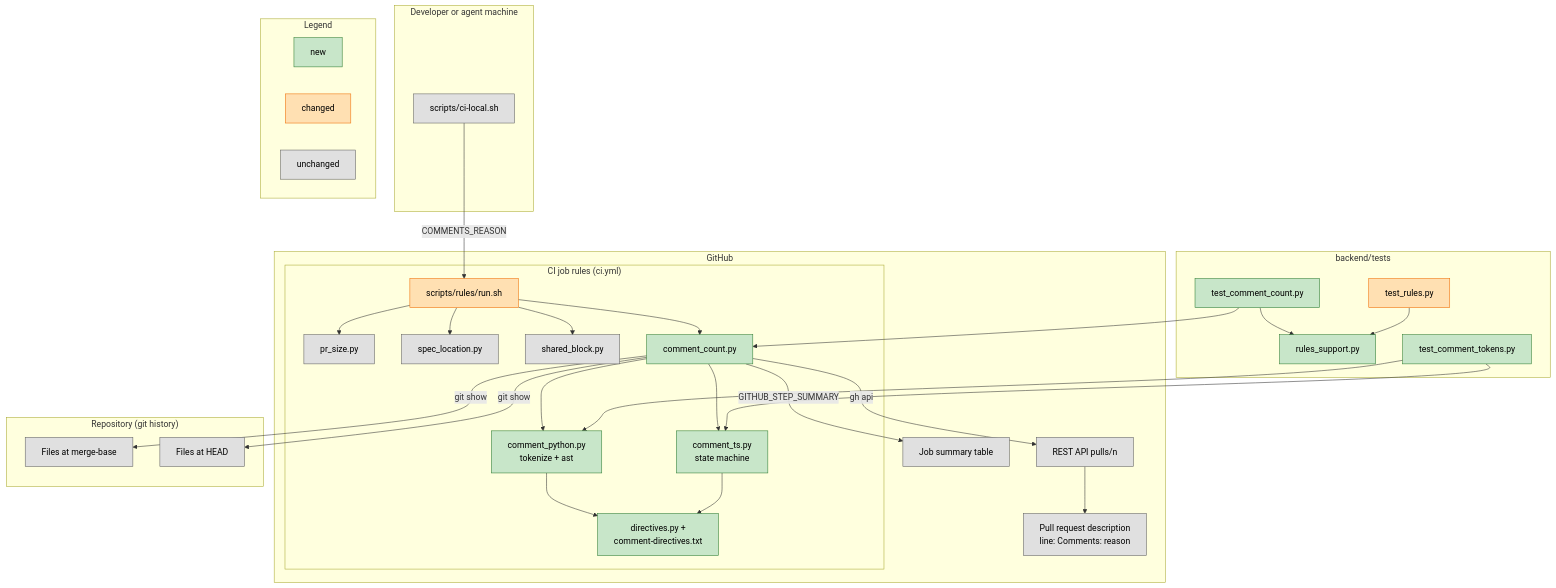
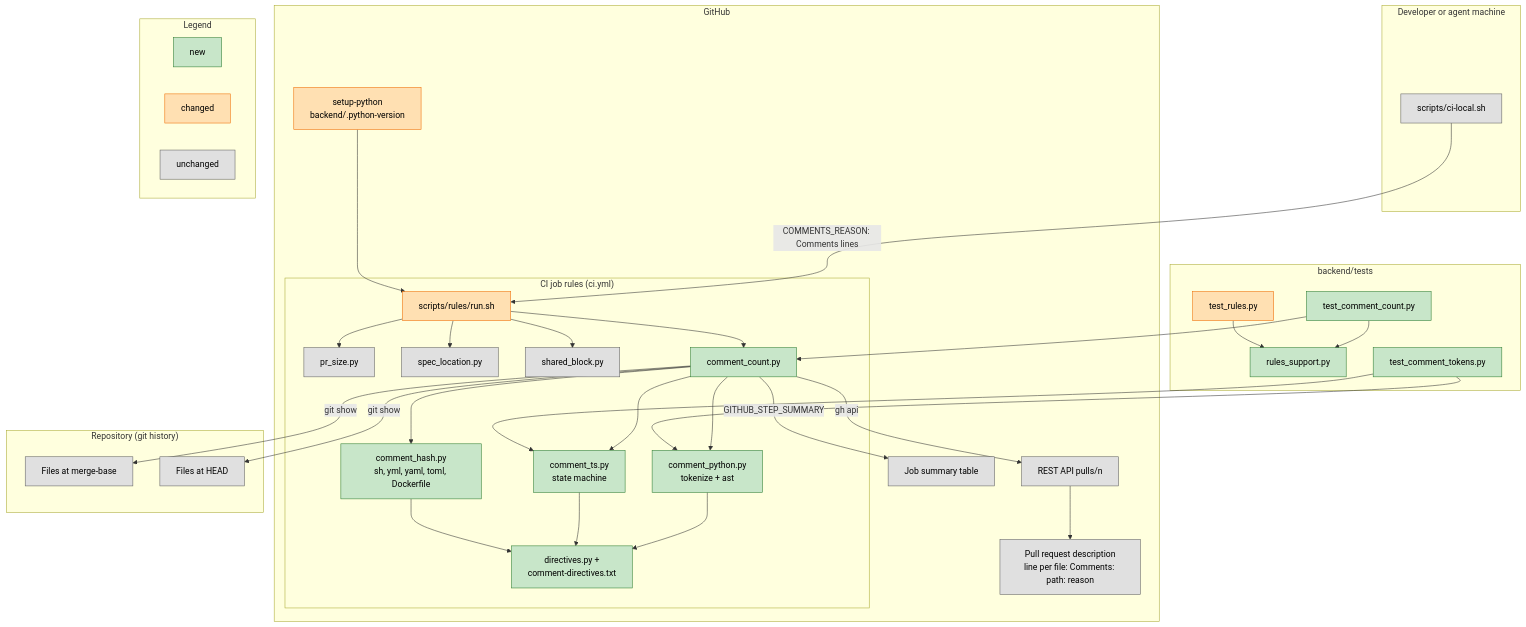
Before and after one commit to Fredheda/Personal-Blog-Studio: the diagram in docs/plans/diagrams/2026-11-22-comment-count-rule.mmd, drawn with Mermaid. The commit also changed 2 other files, not shown here.

```diff
--- a/docs/plans/diagrams/2026-11-22-comment-count-rule.mmd
+++ b/docs/plans/diagrams/2026-11-22-comment-count-rule.mmd
@@ -1,62 +1,67 @@
 flowchart TB
   classDef new fill:#c8e6c9,stroke:#2e7d32,color:#000
   classDef changed fill:#ffe0b2,stroke:#ef6c00,color:#000
   classDef unchanged fill:#e0e0e0,stroke:#616161,color:#000
 
   subgraph local["Developer or agent machine"]
     cilocal["scripts/ci-local.sh"]:::unchanged
   end
 
   subgraph github["GitHub"]
-    pr["Pull request description<br/>line: Comments: reason"]:::unchanged
+    pr["Pull request description<br/>line per file: Comments: path: reason"]:::unchanged
     api["REST API pulls/n"]:::unchanged
     summary["Job summary table"]:::unchanged
     subgraph job["CI job rules (ci.yml)"]
       run["scripts/rules/run.sh"]:::changed
       size["pr_size.py"]:::unchanged
       loc["spec_location.py"]:::unchanged
       blk["shared_block.py"]:::unchanged
       cc["comment_count.py"]:::new
       py["comment_python.py<br/>tokenize + ast"]:::new
       ts["comment_ts.py<br/>state machine"]:::new
+      hs["comment_hash.py<br/>sh, yml, yaml, toml, Dockerfile"]:::new
       dir["directives.py +<br/>comment-directives.txt"]:::new
     end
+    py312["setup-python<br/>backend/.python-version"]:::changed
   end
 
   subgraph repo["Repository (git history)"]
     base["Files at merge-base"]:::unchanged
     head["Files at HEAD"]:::unchanged
   end
 
   subgraph tests["backend/tests"]
     sup["rules_support.py"]:::new
     tok["test_comment_tokens.py"]:::new
     tcc["test_comment_count.py"]:::new
     tr["test_rules.py"]:::changed
   end
 
-  cilocal -->|"COMMENTS_REASON"| run
+  cilocal -->|"COMMENTS_REASON: Comments lines"| run
   run --> size
   run --> loc
   run --> blk
   run --> cc
   cc --> py
   cc --> ts
+  cc --> hs
   py --> dir
   ts --> dir
+  hs --> dir
+  py312 --> run
   cc -->|"git show"| base
   cc -->|"git show"| head
   cc -->|"gh api"| api
   api --> pr
   cc -->|"GITHUB_STEP_SUMMARY"| summary
   tcc --> sup
   tr --> sup
   tok --> py
   tok --> ts
   tcc --> cc
 
   subgraph legend["Legend"]
     l1["new"]:::new
     l2["changed"]:::changed
     l3["unchanged"]:::unchanged
   end
```
